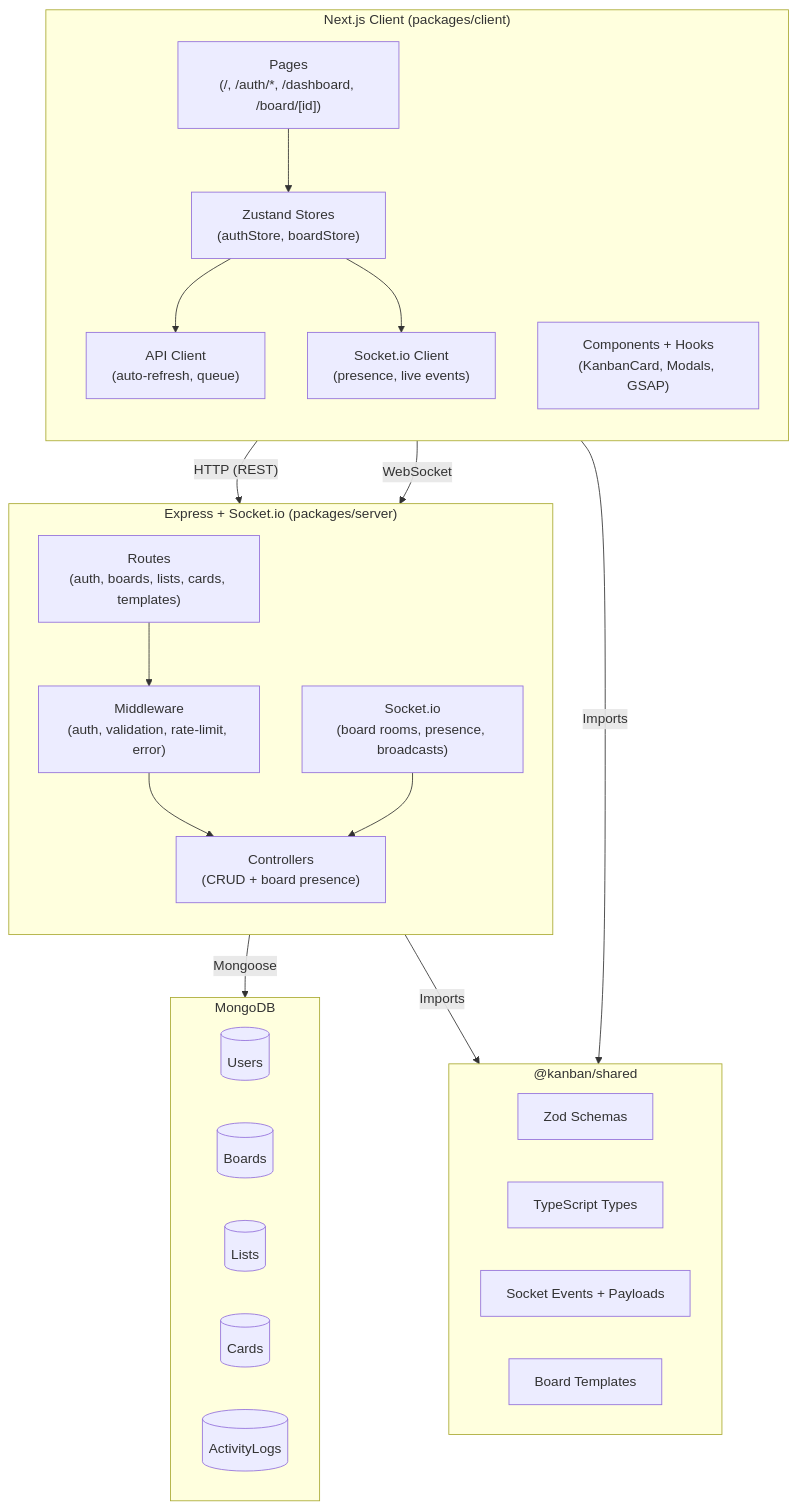
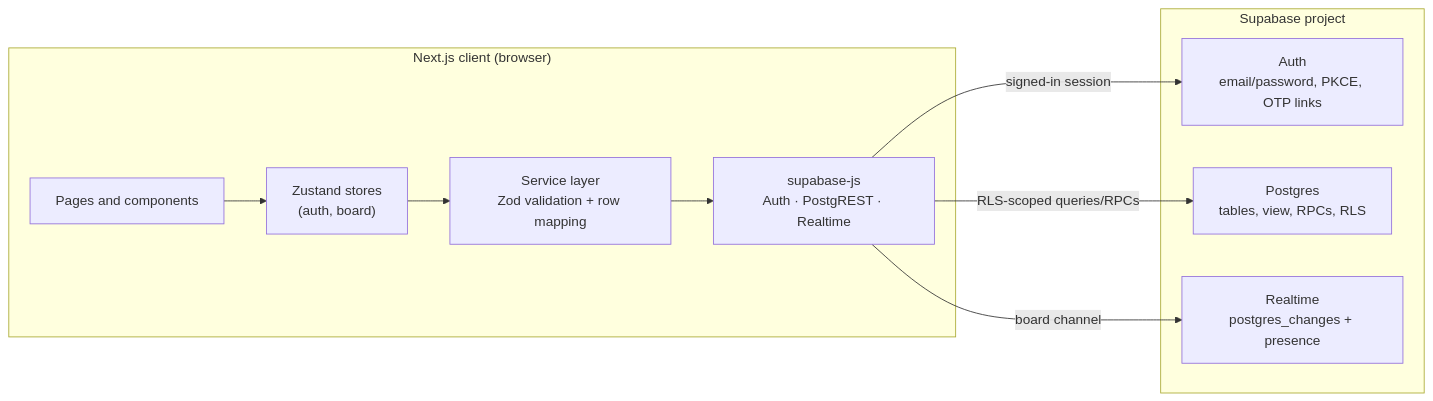
The first of 2 diagrams in README.md (darshangaikwad4114/Kanban-Board), drawn with Mermaid before and after one commit. The commit also changed other lines of this file and 189 other files, not shown here.

````diff
--- a/README.md
+++ b/README.md
@@ -201,45 +49,20 @@
 ```mermaid
-flowchart TB
-    subgraph Client["Next.js Client (packages/client)"]
-        direction TB
-        P["Pages<br/>(/, /auth/*, /dashboard, /board/[id])"]
-        S["Zustand Stores<br/>(authStore, boardStore)"]
-        API["API Client<br/>(auto-refresh, queue)"]
-        WS["Socket.io Client<br/>(presence, live events)"]
-        UI["Components + Hooks<br/>(KanbanCard, Modals, GSAP)"]
-        P --> S
-        S --> API
-        S --> WS
+flowchart LR
+    subgraph Browser["Next.js client (browser)"]
+        Pages["Pages and components"]
+        Stores["Zustand stores<br/>(auth, board)"]
+        Services["Service layer<br/>Zod validation + row mapping"]
+        SDK["supabase-js<br/>Auth · PostgREST · Realtime"]
+        Pages --> Stores --> Services --> SDK
     end
 
-    subgraph Server["Express + Socket.io (packages/server)"]
-        direction TB
-        R["Routes<br/>(auth, boards, lists, cards, templates)"]
-        M["Middleware<br/>(auth, validation, rate-limit, error)"]
-        C["Controllers<br/>(CRUD + board presence)"]
-        SOCK["Socket.io<br/>(board rooms, presence, broadcasts)"]
-        R --> M --> C
-        SOCK --> C
+    subgraph Supabase["Supabase project"]
+        Auth["Auth<br/>email/password, PKCE, OTP links"]
+        DB["Postgres<br/>tables, view, RPCs, RLS"]
+        RT["Realtime<br/>postgres_changes + presence"]
     end
 
-    subgraph DB["MongoDB"]
-        U[(Users)]
-        B[(Boards)]
-        L[(Lists)]
-        CR[(Cards)]
-        A[(ActivityLogs)]
-    end
-
-    subgraph Shared["@kanban/shared"]
-        Z[Zod Schemas]
-        T[TypeScript Types]
-        E[Socket Events + Payloads]
-        TP[Board Templates]
-    end
-
-    Client -- "HTTP (REST)" --> Server
-    Client -- "WebSocket" --> Server
-    Server -- "Mongoose" --> DB
-    Client -- "Imports" --> Shared
-    Server -- "Imports" --> Shared
+    SDK -- "signed-in session" --> Auth
+    SDK -- "RLS-scoped queries/RPCs" --> DB
+    SDK -- "board channel" --> RT
 ```
````
